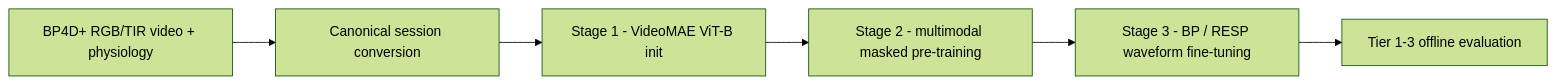
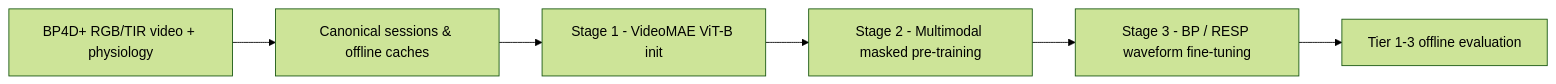
The diagram in README.md (LeqiaoP1/MA-project-KISMED), drawn with Mermaid (forest theme) before and after one commit. The commit also changed other lines of this file, not shown here.

````diff
--- a/README.md
+++ b/README.md
@@ -23,8 +23,8 @@
 ```mermaid
 flowchart LR
-    A[BP4D+ RGB/TIR video + physiology] --> B[Canonical session conversion]
+    A[BP4D+ RGB/TIR video + physiology] --> B[Canonical sessions & offline caches]
     B --> C[Stage 1 - VideoMAE ViT-B init]
-    C --> D[Stage 2 - multimodal masked pre-training]
+    C --> D[Stage 2 - Multimodal masked pre-training]
     D --> E[Stage 3 - BP / RESP waveform fine-tuning]
     E --> F[Tier 1-3 offline evaluation]
 ```
````
